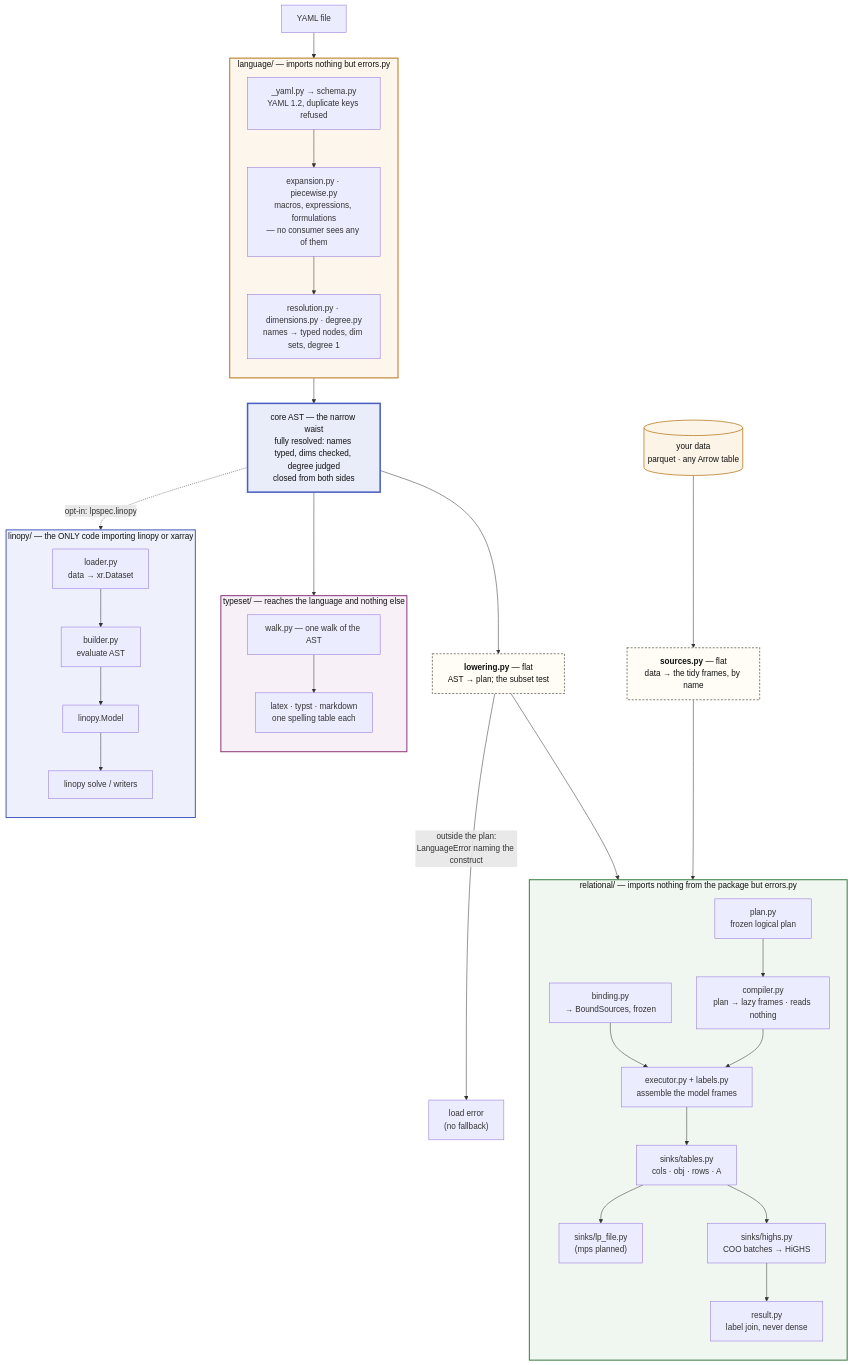
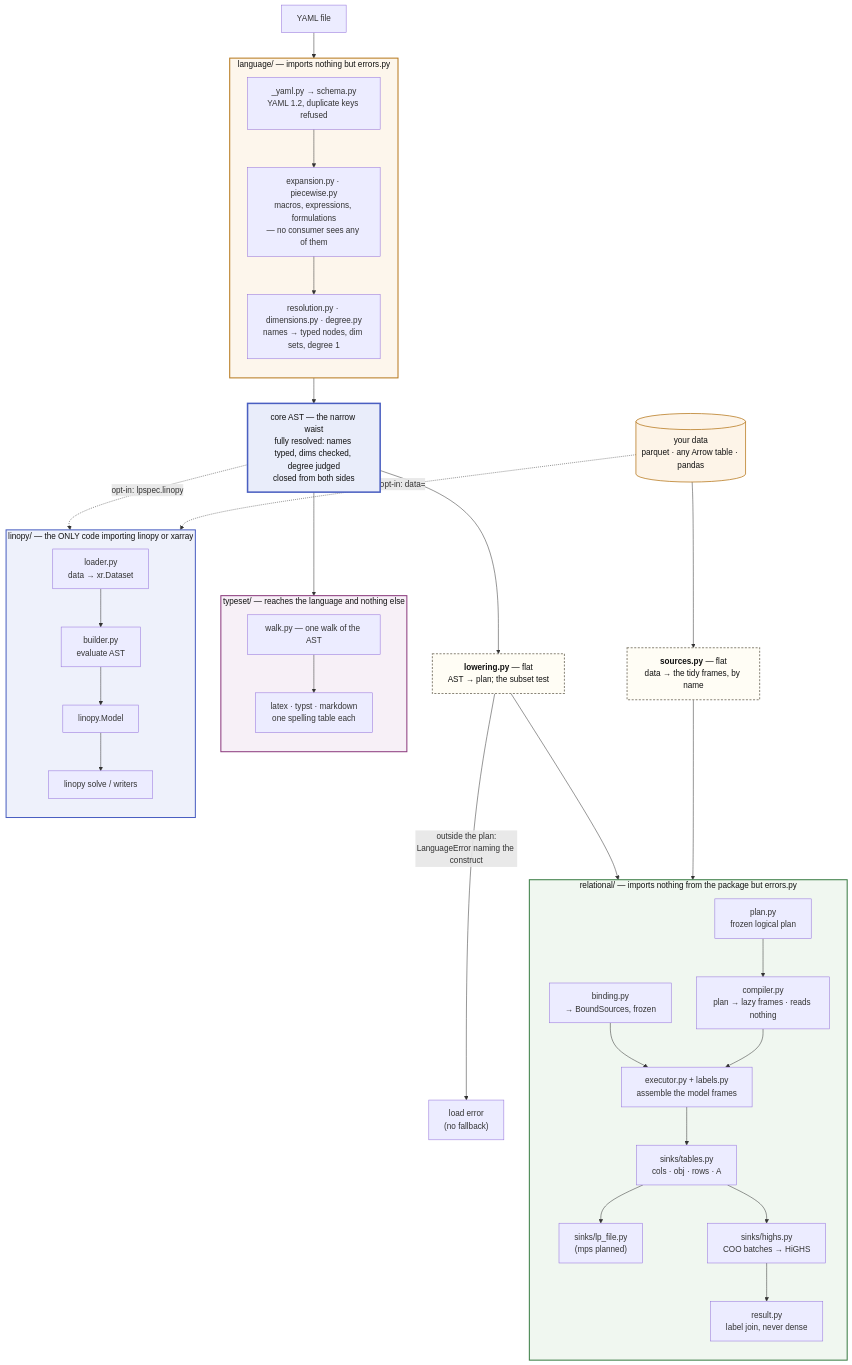
One commit to FBumann/farkas changed the first of 2 diagrams in docs/ARCHITECTURE.md. Above: the diagram before and after it, drawn with Mermaid. The commit also changed other lines of this file, not shown here.

First line of the commit message:
docs(architecture): the shim takes data too, by its own path

````diff
--- a/docs/ARCHITECTURE.md
+++ b/docs/ARCHITECTURE.md
@@ -40,63 +48,64 @@
 ```mermaid
 flowchart TB
     Y[YAML file] --> LANG
 
     subgraph LANG["language/ — imports nothing but errors.py"]
         direction TB
         SCHEMA["_yaml.py → schema.py<br/>YAML 1.2, duplicate keys refused"]
         SCHEMA --> EXPAND["expansion.py · piecewise.py<br/>macros, expressions, formulations<br/>— no consumer sees any of them"]
         EXPAND --> RESOLVE["resolution.py · dimensions.py · degree.py<br/>names → typed nodes, dim sets, degree 1"]
     end
 
     LANG --> AST["core AST — the narrow waist<br/>fully resolved: names typed, dims checked, degree judged<br/>closed from both sides"]
 
     AST --> LOWER
     AST --> WALK
     AST -.->|"opt-in: lpspec.linopy"| BUILD
 
-    DATA[("your data<br/>parquet · any Arrow table")] --> SRC
+    DATA[("your data<br/>parquet · any Arrow table · pandas")] --> SRC
+    DATA -.->|"opt-in: data="| LOAD
 
     LOWER["<b>lowering.py</b> — flat<br/>AST → plan; the subset test"]
     SRC["<b>sources.py</b> — flat<br/>data → the tidy frames, by name"]
 
     LOWER --> PLAN
     SRC --> BIND
     LOWER -->|"outside the plan:<br/>LanguageError naming the construct"| ERR["load error<br/>(no fallback)"]
 
     subgraph REL["relational/ — imports nothing from the package but errors.py"]
         direction TB
         PLAN["plan.py<br/>frozen logical plan"] --> COMP["compiler.py<br/>plan → lazy frames · reads nothing"]
         BIND["binding.py<br/>→ BoundSources, frozen"] --> EXEC
         COMP --> EXEC["executor.py + labels.py<br/>assemble the model frames"]
         EXEC --> TABLES["sinks/tables.py<br/>cols · obj · rows · A"]
         TABLES --> LPS["sinks/lp_file.py<br/>(mps planned)"]
         TABLES --> DIRECT["sinks/highs.py<br/>COO batches → HiGHS"]
         DIRECT --> SOL["result.py<br/>label join, never dense"]
     end
 
     subgraph TS["typeset/ — reaches the language and nothing else"]
         direction TB
         WALK["walk.py — one walk of the AST"] --> FMT["latex · typst · markdown<br/>one spelling table each"]
     end
 
     subgraph EAGER["linopy/ — the ONLY code importing linopy or xarray"]
         direction TB
         LOAD["loader.py<br/>data → xr.Dataset"] --> BUILD["builder.py<br/>evaluate AST"]
         BUILD --> MODEL[linopy.Model] --> SOLVE["linopy solve / writers"]
     end
 
     classDef laneL fill:#fdf6ec,stroke:#b7791f,stroke-width:2px,color:#111
     classDef laneR fill:#f0f7f0,stroke:#3a7d44,stroke-width:2px,color:#111
     classDef laneE fill:#eef1fb,stroke:#4a5fc1,stroke-width:2px,color:#111
     classDef laneT fill:#f7f0f7,stroke:#8b3a7d,stroke-width:2px,color:#111
     classDef waist fill:#e9edfa,stroke:#4a5fc1,stroke-width:3px,color:#111
     classDef flat fill:#fffdf5,stroke:#8a8578,stroke-width:2px,stroke-dasharray:4 3,color:#111
     classDef data fill:#fdf4e8,stroke:#b7791f,stroke-width:1.5px,color:#111
     class LANG laneL
     class REL laneR
     class EAGER laneE
     class TS laneT
     class AST waist
     class LOWER,SRC flat
     class DATA data
 ```
````
